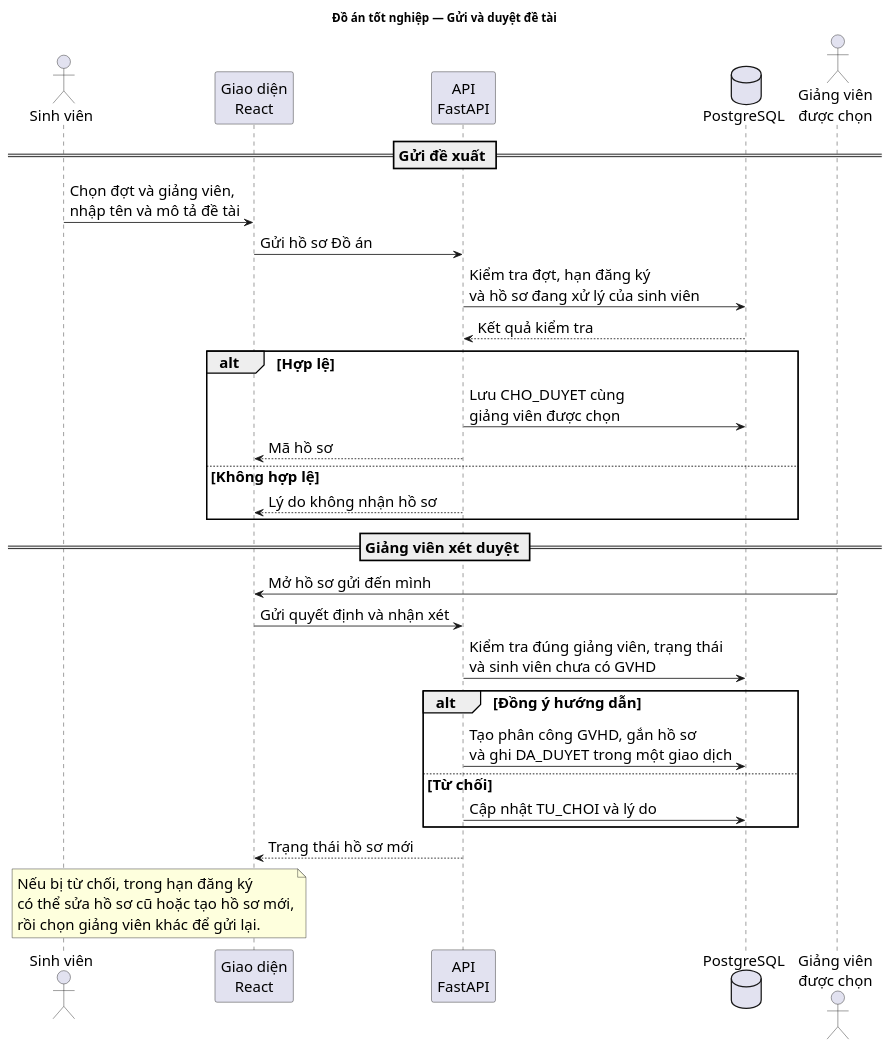
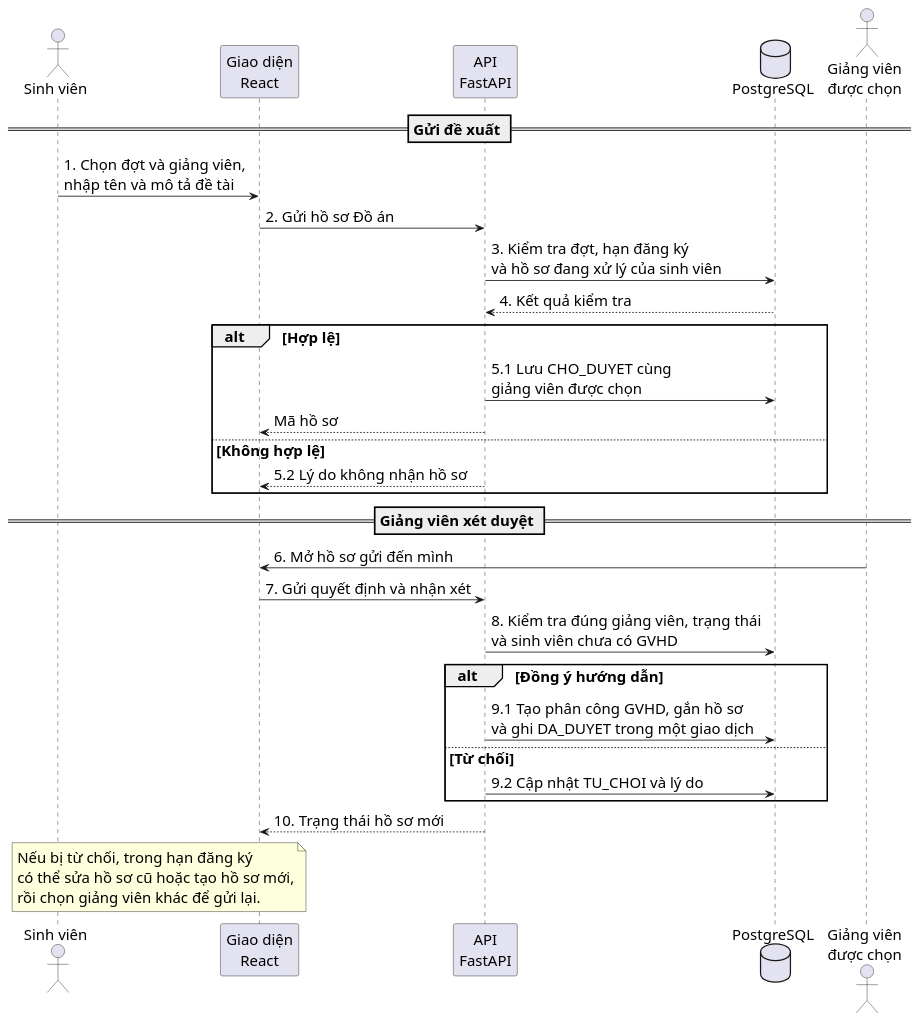
The diagram in SoDoNop/sdtt_DoAn.puml (lam-vu6868/HTQL_TieuLuan_DoAN), drawn with PlantUML before and after one commit. The commit also changed 1 other file, not shown here.

Commit message:
Docs: Bổ sung STT cho sơ đồ tuần tự

```diff
--- a/SoDoNop/sdtt_DoAn.puml
+++ b/SoDoNop/sdtt_DoAn.puml
@@ -1,37 +1,37 @@
 @startuml
-title Đồ án tốt nghiệp — Gửi và duyệt đề tài
+
 skinparam defaultFontSize 18
 actor "Sinh viên" as SV
 participant "Giao diện\nReact" as FE
 participant "API\nFastAPI" as API
 database "PostgreSQL" as DB
 actor "Giảng viên\nđược chọn" as GV
 
 == Gửi đề xuất ==
-SV -> FE: Chọn đợt và giảng viên,\nnhập tên và mô tả đề tài
-FE -> API: Gửi hồ sơ Đồ án
-API -> DB: Kiểm tra đợt, hạn đăng ký\nvà hồ sơ đang xử lý của sinh viên
-DB --> API: Kết quả kiểm tra
+SV -> FE: 1. Chọn đợt và giảng viên,\nnhập tên và mô tả đề tài
+FE -> API: 2. Gửi hồ sơ Đồ án
+API -> DB: 3. Kiểm tra đợt, hạn đăng ký\nvà hồ sơ đang xử lý của sinh viên
+DB --> API: 4. Kết quả kiểm tra
 alt Hợp lệ
-  API -> DB: Lưu CHO_DUYET cùng\ngiảng viên được chọn
+  API -> DB: 5.1 Lưu CHO_DUYET cùng\ngiảng viên được chọn
   API --> FE: Mã hồ sơ
 else Không hợp lệ
-  API --> FE: Lý do không nhận hồ sơ
+  API --> FE: 5.2 Lý do không nhận hồ sơ
 end
 
 == Giảng viên xét duyệt ==
-GV -> FE: Mở hồ sơ gửi đến mình
-FE -> API: Gửi quyết định và nhận xét
-API -> DB: Kiểm tra đúng giảng viên, trạng thái\nvà sinh viên chưa có GVHD
+GV -> FE: 6. Mở hồ sơ gửi đến mình
+FE -> API: 7. Gửi quyết định và nhận xét
+API -> DB: 8. Kiểm tra đúng giảng viên, trạng thái\nvà sinh viên chưa có GVHD
 alt Đồng ý hướng dẫn
-  API -> DB: Tạo phân công GVHD, gắn hồ sơ\nvà ghi DA_DUYET trong một giao dịch
+  API -> DB: 9.1 Tạo phân công GVHD, gắn hồ sơ\nvà ghi DA_DUYET trong một giao dịch
 else Từ chối
-  API -> DB: Cập nhật TU_CHOI và lý do
+  API -> DB: 9.2 Cập nhật TU_CHOI và lý do
 end
-API --> FE: Trạng thái hồ sơ mới
+API --> FE: 10. Trạng thái hồ sơ mới
 note over SV,FE
   Nếu bị từ chối, trong hạn đăng ký
   có thể sửa hồ sơ cũ hoặc tạo hồ sơ mới,
   rồi chọn giảng viên khác để gửi lại.
 end note
 @enduml
```
